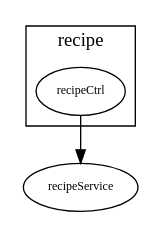
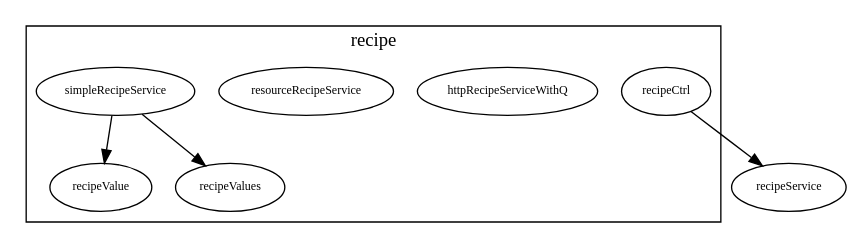
The diagram in examples/simple.dot (jsek/AngularDependencyGraph), drawn with Graphviz before and after one commit. The commit also changed 4 other files, not shown here.

```diff
--- a/examples/simple.dot
+++ b/examples/simple.dot
@@ -1,8 +1,15 @@
 digraph dependencies{
  compound = true;
  node[ fontname = "Verdana", fontsize = "9" ];
   subgraph cluster_recipe { label = "recipe";
   	"recipeCtrl" [  ];
+  	"httpRecipeServiceWithQ" [  ];
+  	"recipeValue" [  ];
+  	"recipeValues" [  ];
+  	"resourceRecipeService" [  ];
+  	"simpleRecipeService" [  ];
   }
      "recipeCtrl" -> "recipeService";
+            "simpleRecipeService" -> "recipeValue";
+  "simpleRecipeService" -> "recipeValues";
        }
```
